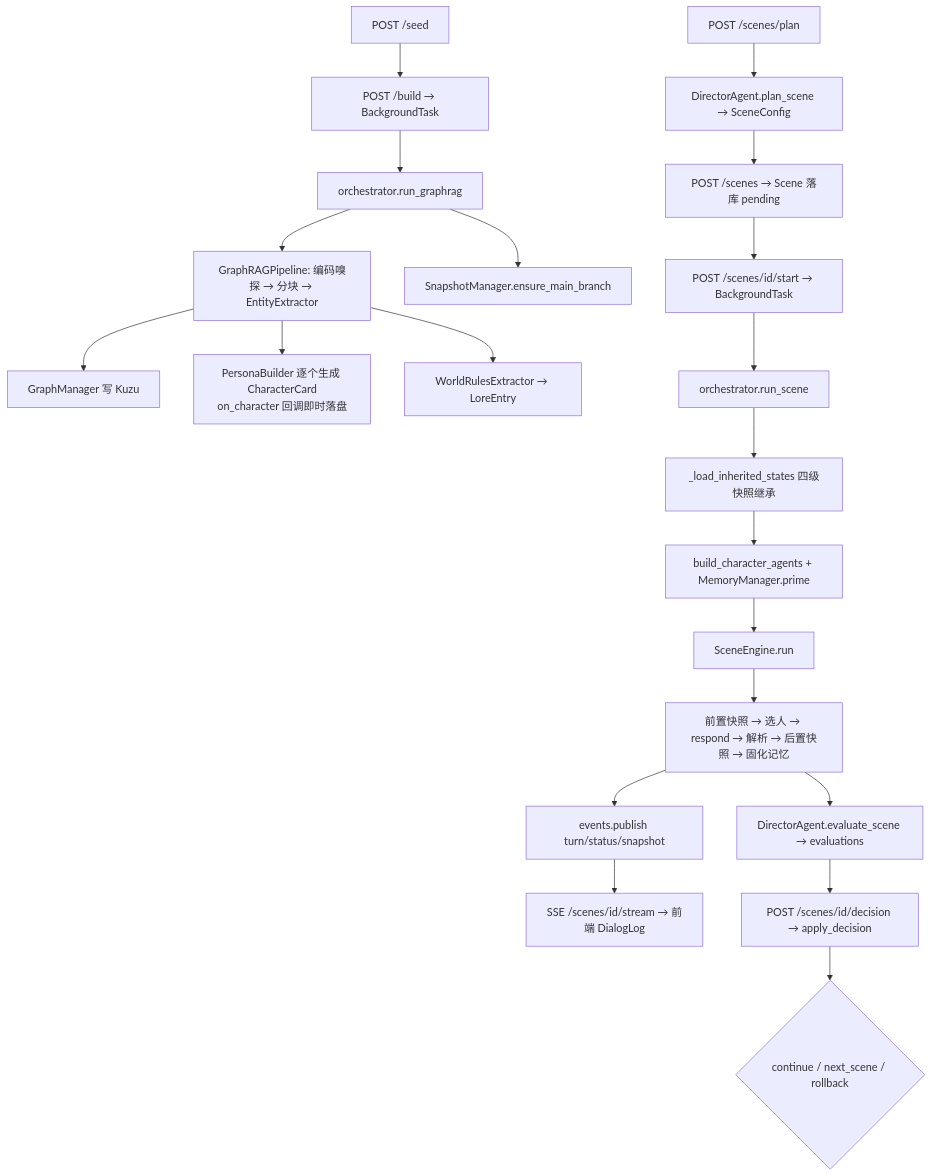
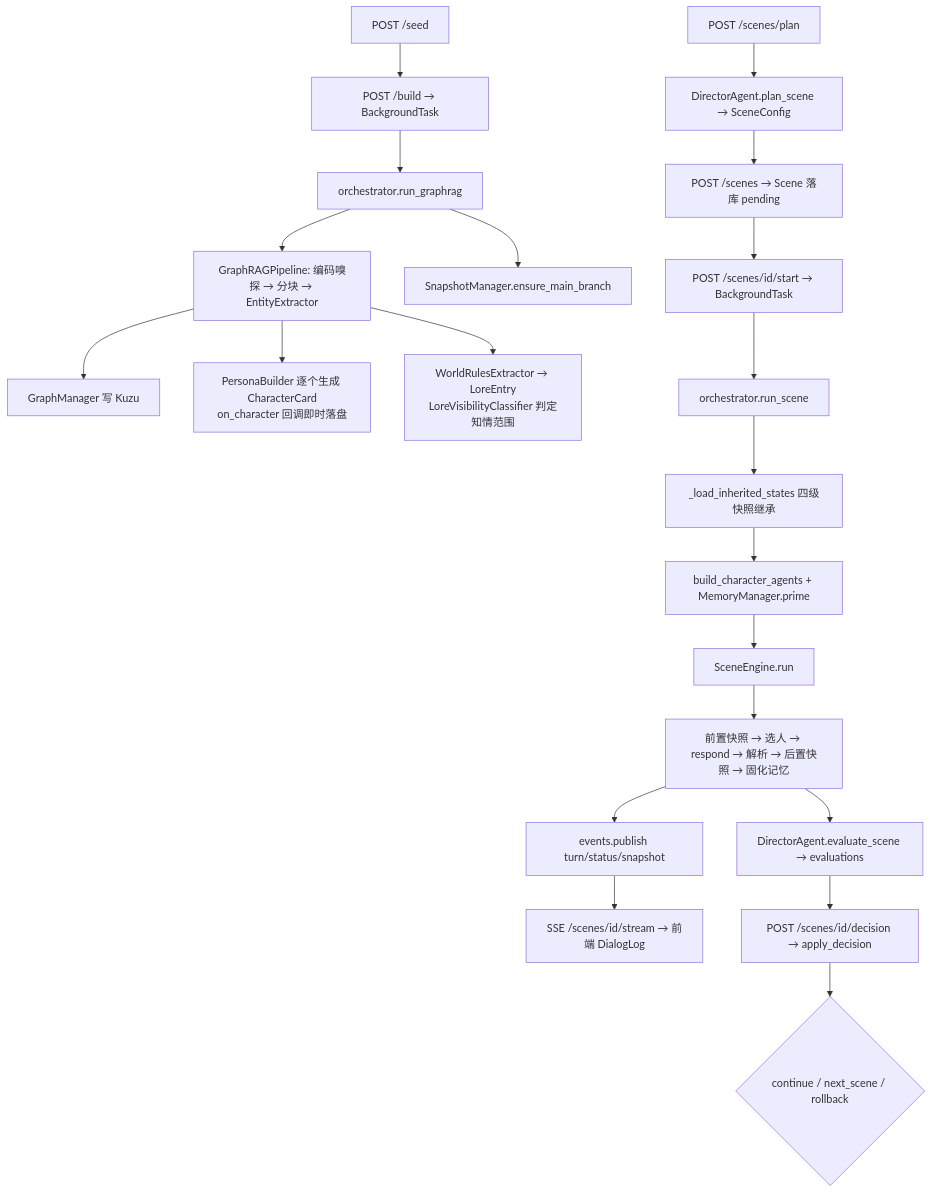
One commit to YuanPeixi/PlotSystem2 changed the diagram in CLAUDE.md. Above: the diagram before and after it, drawn with Mermaid. The commit also changed other lines of this file and 7 other files, not shown here.

````diff
--- a/CLAUDE.md
+++ b/CLAUDE.md
@@ -663,24 +672,24 @@
 ```mermaid
 graph TD
   A[POST /seed] --> B[POST /build → BackgroundTask]
   B --> C[orchestrator.run_graphrag]
   C --> D[GraphRAGPipeline: 编码嗅探 → 分块 → EntityExtractor]
   D --> E[GraphManager 写 Kuzu]
   D --> F[PersonaBuilder 逐个生成 CharacterCard<br/>on_character 回调即时落盘]
-  D --> G[WorldRulesExtractor → LoreEntry]
+  D --> G[WorldRulesExtractor → LoreEntry<br/>LoreVisibilityClassifier 判定知情范围]
   C --> H[SnapshotManager.ensure_main_branch]
 
   I[POST /scenes/plan] --> J[DirectorAgent.plan_scene → SceneConfig]
   J --> K[POST /scenes → Scene 落库 pending]
   K --> L[POST /scenes/id/start → BackgroundTask]
   L --> M[orchestrator.run_scene]
   M --> N[_load_inherited_states 四级快照继承]
   N --> O[build_character_agents + MemoryManager.prime]
   O --> P[SceneEngine.run]
   P --> Q[前置快照 → 选人 → respond → 解析 → 后置快照 → 固化记忆]
   Q --> R[events.publish turn/status/snapshot]
   R --> S[SSE /scenes/id/stream → 前端 DialogLog]
   Q --> T[DirectorAgent.evaluate_scene → evaluations]
   T --> U[POST /scenes/id/decision → apply_decision]
   U --> V{continue / next_scene / rollback}
 ```
````
